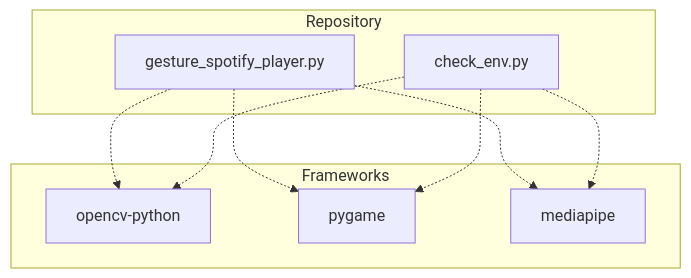
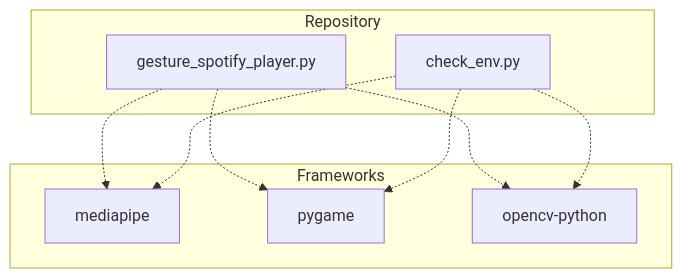
Before and after one commit to NITISH-R-G/PalmPlay1: the first of 2 diagrams in README.md, drawn with Mermaid. The commit also changed other lines of this file and 3 other files, not shown here.

Commit message:
docs: update repository documentation and diagrams [skip ci]

````diff
--- a/README.md
+++ b/README.md
@@ -39,20 +39,20 @@
 ```mermaid
 graph TD
     subgraph Repository
         gesture_spotify_player_py[gesture_spotify_player.py]
         check_env_py[check_env.py]
         click gesture_spotify_player_py href "https://github.com/NITISH-R-G/PalmPlay1/blob/main/gesture_spotify_player.py" "View source code"
         click check_env_py href "https://github.com/NITISH-R-G/PalmPlay1/blob/main/check_env.py" "View source code"
     end
     subgraph Frameworks
+        fw_mediapipe[mediapipe]
+        fw_pygame[pygame]
         fw_opencv_python[opencv-python]
-        fw_pygame[pygame]
-        fw_mediapipe[mediapipe]
     end
+    gesture_spotify_player_py -.-> fw_mediapipe
+    gesture_spotify_player_py -.-> fw_pygame
     gesture_spotify_player_py -.-> fw_opencv_python
-    gesture_spotify_player_py -.-> fw_pygame
-    gesture_spotify_player_py -.-> fw_mediapipe
+    check_env_py -.-> fw_mediapipe
+    check_env_py -.-> fw_pygame
     check_env_py -.-> fw_opencv_python
-    check_env_py -.-> fw_pygame
-    check_env_py -.-> fw_mediapipe
 ```
````
